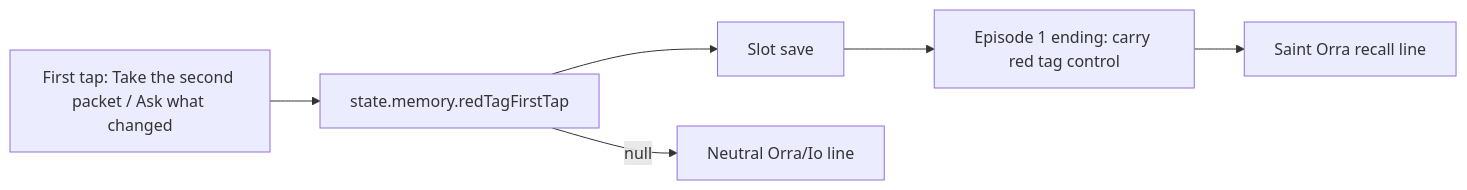
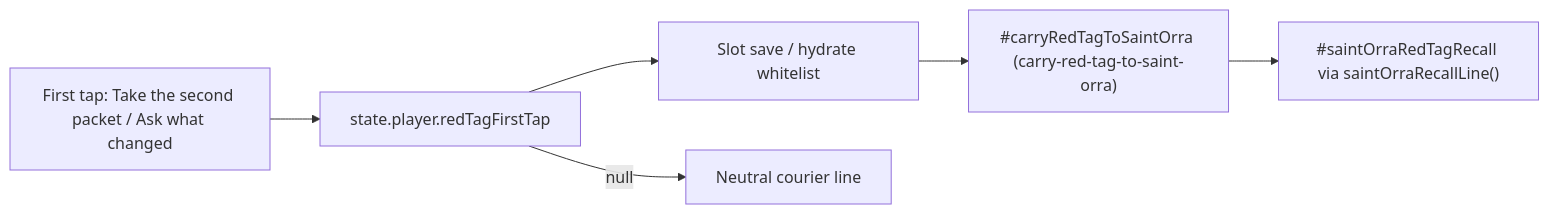
Before and after one commit to phynars/oodim-game: the first of 2 diagrams in docs/design/2724-red-tag-saint-orra.md, drawn with Mermaid. The commit also changed other lines of this file and 1 other file, not shown here.

````diff
--- a/docs/design/2724-red-tag-saint-orra.md
+++ b/docs/design/2724-red-tag-saint-orra.md
@@ -9,8 +9,8 @@
 ```mermaid
 flowchart LR
-  Tap[First tap: Take the second packet / Ask what changed] --> Memory[state.memory.redTagFirstTap]
-  Memory --> Save[Slot save]
-  Save --> Carry[Episode 1 ending: carry red tag control]
-  Carry --> Orra[Saint Orra recall line]
-  Memory -->|null| Neutral[Neutral Orra/Io line]
+  Tap[First tap: Take the second packet / Ask what changed] --> Field[state.player.redTagFirstTap]
+  Field --> Save[Slot save / hydrate whitelist]
+  Save --> Carry["#carryRedTagToSaintOrra (carry-red-tag-to-saint-orra)"]
+  Carry --> Recall["#saintOrraRedTagRecall via saintOrraRecallLine()"]
+  Field -->|null| Neutral[Neutral courier line]
 ```
````
